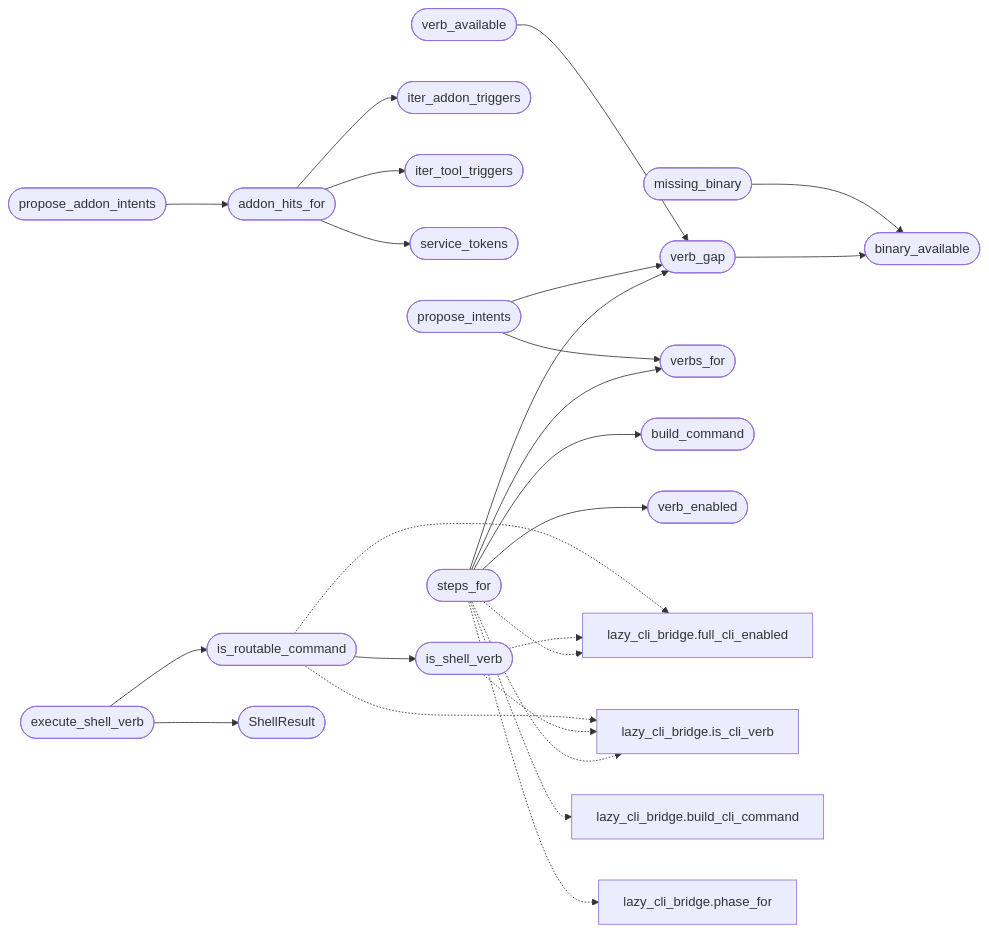
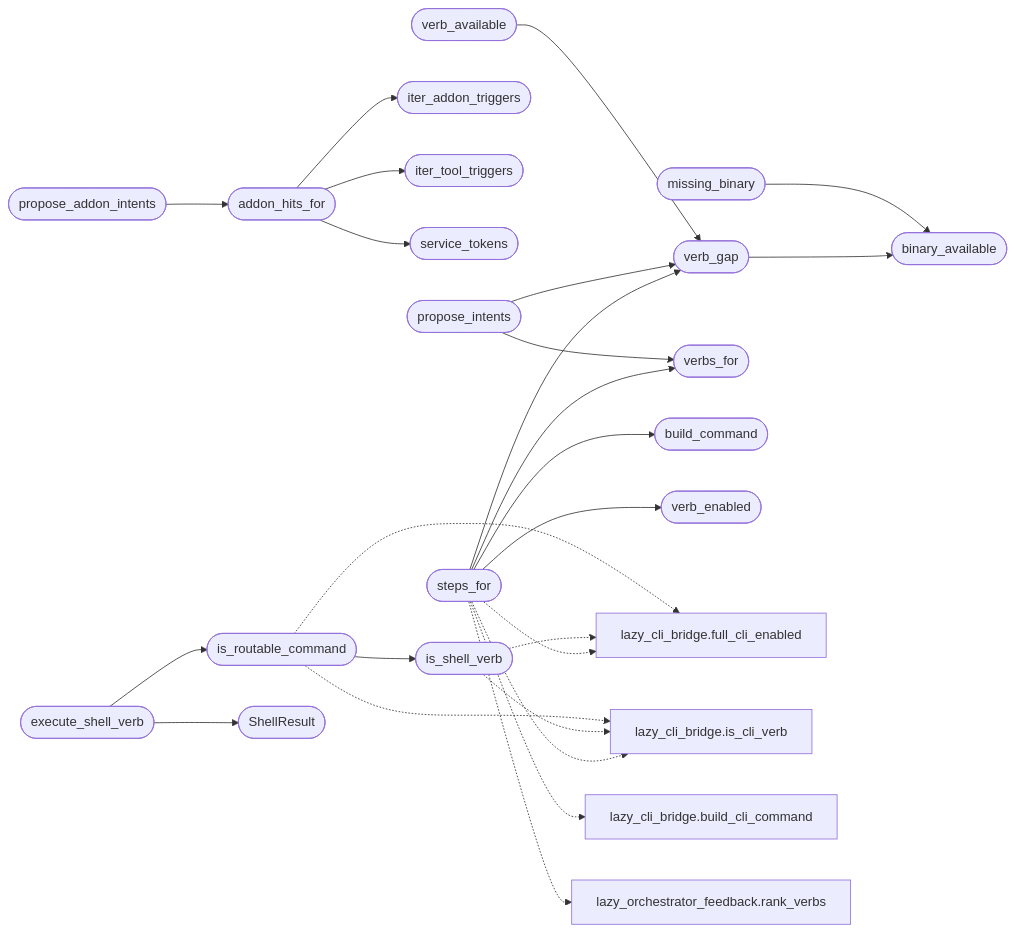
The second of 2 diagrams in readmenator-apidocs/modules/modules.auto_registry.py.md (grisuno/LazyOwn), drawn with Mermaid before and after one commit. The commit also changed other lines of this file and 378 other files, not shown here.

First line of the commit message:
test(module): new verbs and verbs commands, autoplot lazy_trigger, lazy_orchestator tasks api orchestate

````diff
--- a/readmenator-apidocs/modules/modules.auto_registry.py.md
+++ b/readmenator-apidocs/modules/modules.auto_registry.py.md
@@ -47,49 +47,49 @@
 ```mermaid
 flowchart LR
     n_modules_auto_registry_py__missing_binary(["missing_binary"])
     n_modules_auto_registry_py__binary_available(["binary_available"])
     n_modules_auto_registry_py__verb_gap(["verb_gap"])
     n_modules_auto_registry_py__verb_available(["verb_available"])
     n_modules_auto_registry_py__addon_hits_for(["addon_hits_for"])
     n_modules_auto_registry_py__iter_addon_triggers(["iter_addon_triggers"])
     n_modules_auto_registry_py__iter_tool_triggers(["iter_tool_triggers"])
     n_modules_auto_registry_py__service_tokens(["service_tokens"])
     n_modules_auto_registry_py__propose_addon_intents(["propose_addon_intents"])
     n_modules_auto_registry_py__is_routable_command(["is_routable_command"])
     n_modules_auto_registry_py__is_shell_verb(["is_shell_verb"])
     n_modules_auto_registry_py__propose_intents(["propose_intents"])
     n_modules_auto_registry_py__verbs_for(["verbs_for"])
     n_modules_auto_registry_py__steps_for(["steps_for"])
     n_modules_auto_registry_py__build_command(["build_command"])
     n_modules_auto_registry_py__verb_enabled(["verb_enabled"])
     n_modules_auto_registry_py__execute_shell_verb(["execute_shell_verb"])
     n_modules_auto_registry_py__ShellResult(["ShellResult"])
     n_modules_lazy_cli_bridge_py__full_cli_enabled["lazy_cli_bridge.full_cli_enabled"]
     n_modules_lazy_cli_bridge_py__is_cli_verb["lazy_cli_bridge.is_cli_verb"]
     n_modules_lazy_cli_bridge_py__build_cli_command["lazy_cli_bridge.build_cli_command"]
-    n_modules_lazy_cli_bridge_py__phase_for["lazy_cli_bridge.phase_for"]
+    n_modules_lazy_orchestrator_feedback_py__rank_verbs["lazy_orchestrator_feedback.rank_verbs"]
     n_modules_auto_registry_py__missing_binary --> n_modules_auto_registry_py__binary_available
     n_modules_auto_registry_py__verb_gap --> n_modules_auto_registry_py__binary_available
     n_modules_auto_registry_py__verb_available --> n_modules_auto_registry_py__verb_gap
     n_modules_auto_registry_py__addon_hits_for --> n_modules_auto_registry_py__iter_addon_triggers
     n_modules_auto_registry_py__addon_hits_for --> n_modules_auto_registry_py__iter_tool_triggers
     n_modules_auto_registry_py__addon_hits_for --> n_modules_auto_registry_py__service_tokens
     n_modules_auto_registry_py__propose_addon_intents --> n_modules_auto_registry_py__addon_hits_for
     n_modules_auto_registry_py__is_routable_command --> n_modules_auto_registry_py__is_shell_verb
     n_modules_auto_registry_py__propose_intents --> n_modules_auto_registry_py__verb_gap
     n_modules_auto_registry_py__propose_intents --> n_modules_auto_registry_py__verbs_for
     n_modules_auto_registry_py__steps_for --> n_modules_auto_registry_py__build_command
     n_modules_auto_registry_py__steps_for --> n_modules_auto_registry_py__verb_enabled
     n_modules_auto_registry_py__steps_for --> n_modules_auto_registry_py__verb_gap
     n_modules_auto_registry_py__steps_for --> n_modules_auto_registry_py__verbs_for
     n_modules_auto_registry_py__execute_shell_verb --> n_modules_auto_registry_py__ShellResult
     n_modules_auto_registry_py__execute_shell_verb --> n_modules_auto_registry_py__is_routable_command
     n_modules_auto_registry_py__is_routable_command -.-> n_modules_lazy_cli_bridge_py__full_cli_enabled
     n_modules_auto_registry_py__is_routable_command -.-> n_modules_lazy_cli_bridge_py__is_cli_verb
     n_modules_auto_registry_py__is_shell_verb -.-> n_modules_lazy_cli_bridge_py__full_cli_enabled
     n_modules_auto_registry_py__is_shell_verb -.-> n_modules_lazy_cli_bridge_py__is_cli_verb
     n_modules_auto_registry_py__steps_for -.-> n_modules_lazy_cli_bridge_py__build_cli_command
     n_modules_auto_registry_py__steps_for -.-> n_modules_lazy_cli_bridge_py__full_cli_enabled
     n_modules_auto_registry_py__steps_for -.-> n_modules_lazy_cli_bridge_py__is_cli_verb
-    n_modules_auto_registry_py__steps_for -.-> n_modules_lazy_cli_bridge_py__phase_for
+    n_modules_auto_registry_py__steps_for -.-> n_modules_lazy_orchestrator_feedback_py__rank_verbs
 ```
````
